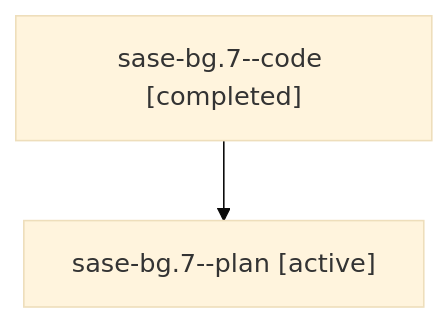
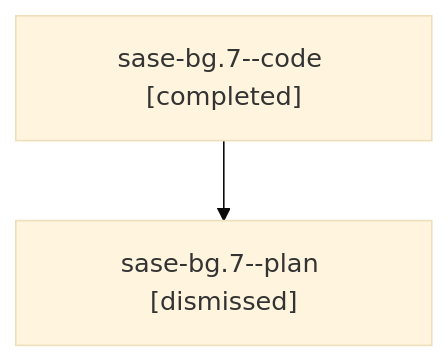
One commit to sase-org/sase--agents changed the diagram in sessions/bbugyi200.athena.sase-bg.7.md. Above: the diagram before and after it, drawn with Mermaid (base theme). The commit also changed other lines of this file and 91 other files, not shown here.

````diff
--- a/sessions/bbugyi200.athena.sase-bg.7.md
+++ b/sessions/bbugyi200.athena.sase-bg.7.md
@@ -9,6 +9,6 @@
 ```mermaid
 flowchart TD
   n0["sase-bg.7--code [completed]"]
-  n1["sase-bg.7--plan [active]"]
+  n1["sase-bg.7--plan [dismissed]"]
   n0 --> n1
 ```
````
